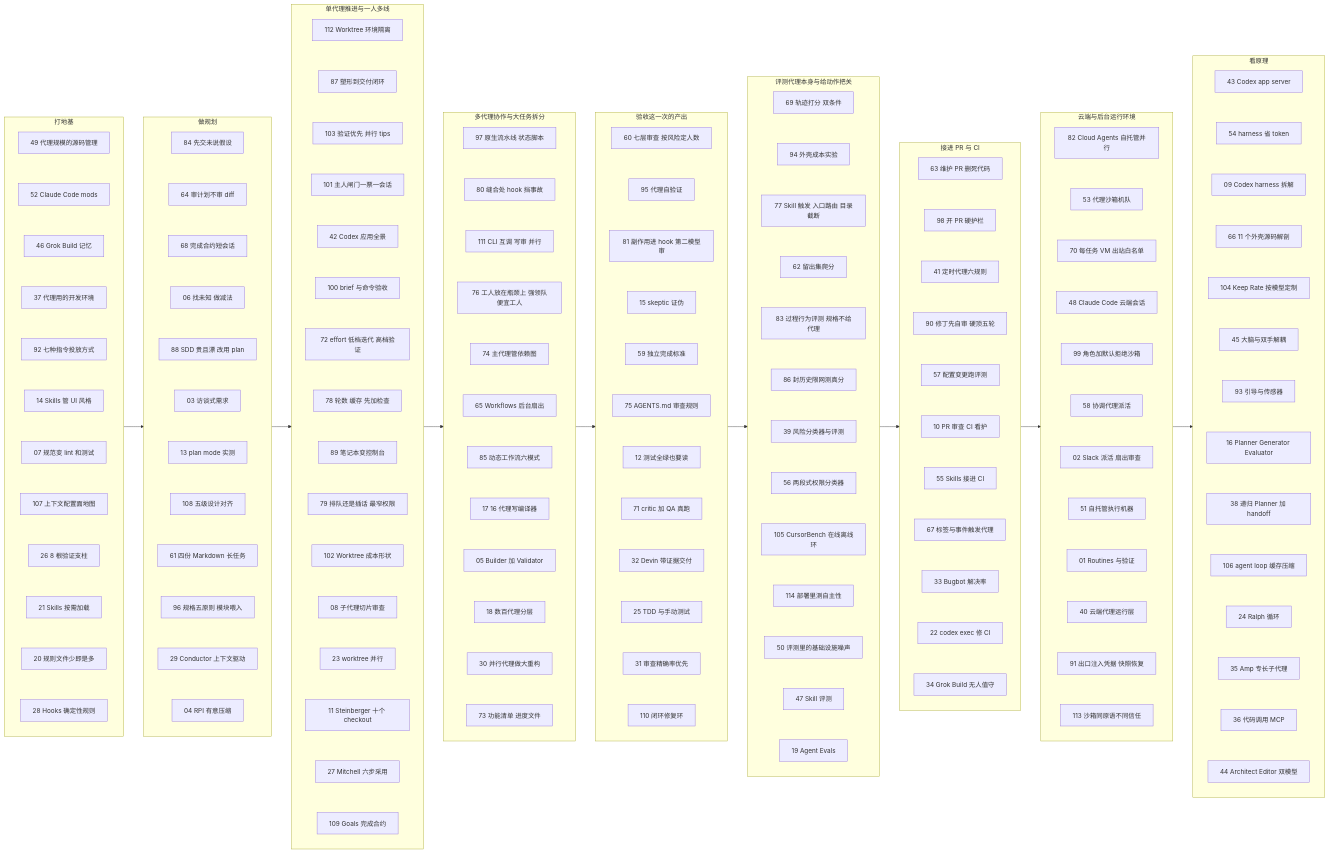
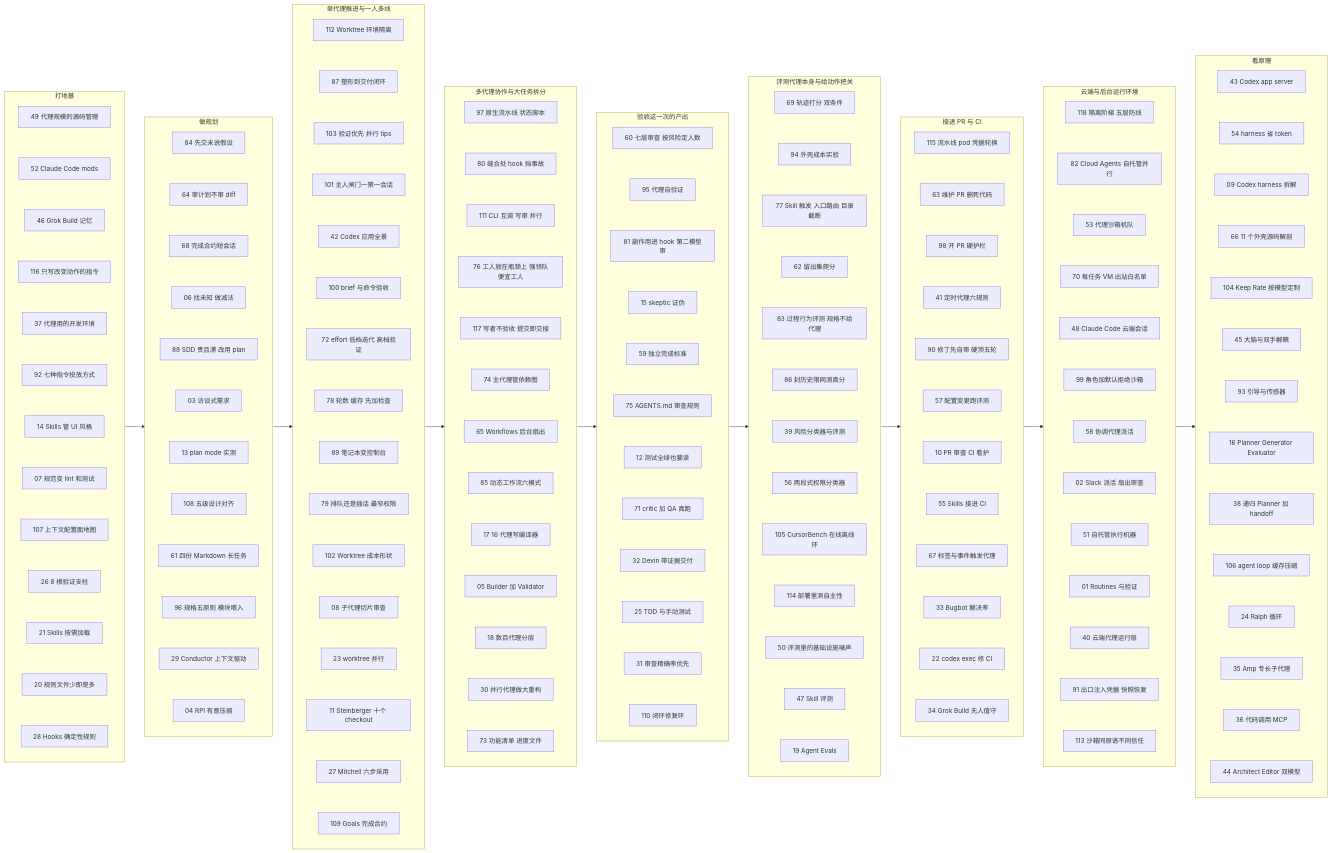
Before and after one commit to yzw7489757/ai-coding-videos: the diagram in docs/index.md, drawn with Mermaid. The commit also changed other lines of this file and 17 other files, not shown here.

```diff
--- a/docs/index.md
+++ b/docs/index.md
@@ -119,6 +119,7 @@
     A49["49 代理规模的源码管理"]
     A52["52 Claude Code mods"]
     A46["46 Grok Build 记忆"]
+    A116["116 只写改变动作的指令"]
     A37["37 代理用的开发环境"]
     A92["92 七种指令投放方式"]
     A14["14 Skills 管 UI 风格"]
@@ -130,7 +131,8 @@
     A28["28 Hooks 确定性规则"]
     A49 ~~~ A52
     A52 ~~~ A46
-    A46 ~~~ A37
+    A46 ~~~ A116
+    A116 ~~~ A37
     A37 ~~~ A92
     A92 ~~~ A14
     A14 ~~~ A07
@@ -206,6 +208,7 @@
     A80["80 缝合处 hook 挡事故"]
     A111["111 CLI 互调 写审 并行"]
     A76["76 工人放在瓶颈上 强领队便宜工人"]
+    A117["117 写者不验收 提交即交接"]
     A74["74 主代理管依赖图"]
     A65["65 Workflows 后台扇出"]
     A85["85 动态工作流六模式"]
@@ -217,7 +220,8 @@
     A97 ~~~ A80
     A80 ~~~ A111
     A111 ~~~ A76
-    A76 ~~~ A74
+    A76 ~~~ A117
+    A117 ~~~ A74
     A74 ~~~ A65
     A65 ~~~ A85
     A85 ~~~ A17
@@ -282,6 +286,7 @@
   end
   subgraph S7["接进 PR 与 CI"]
     direction TB
+    A115["115 流水线 pod 凭据轮换"]
     A63["63 维护 PR 删死代码"]
     A98["98 开 PR 硬护栏"]
     A41["41 定时代理六规则"]
@@ -293,6 +298,7 @@
     A33["33 Bugbot 解决率"]
     A22["22 codex exec 修 CI"]
     A34["34 Grok Build 无人值守"]
+    A115 ~~~ A63
     A63 ~~~ A98
     A98 ~~~ A41
     A41 ~~~ A90
@@ -306,6 +312,7 @@
   end
   subgraph S8["云端与后台运行环境"]
     direction TB
+    A118["118 隔离阶梯 五层防线"]
     A82["82 Cloud Agents 自托管并行"]
     A53["53 代理沙箱机队"]
     A70["70 每任务 VM 出站白名单"]
@@ -318,6 +325,7 @@
     A40["40 云端代理运行层"]
     A91["91 出口注入凭据 快照恢复"]
     A113["113 沙箱同原语不同信任"]
+    A118 ~~~ A82
     A82 ~~~ A53
     A53 ~~~ A70
     A70 ~~~ A48
```
